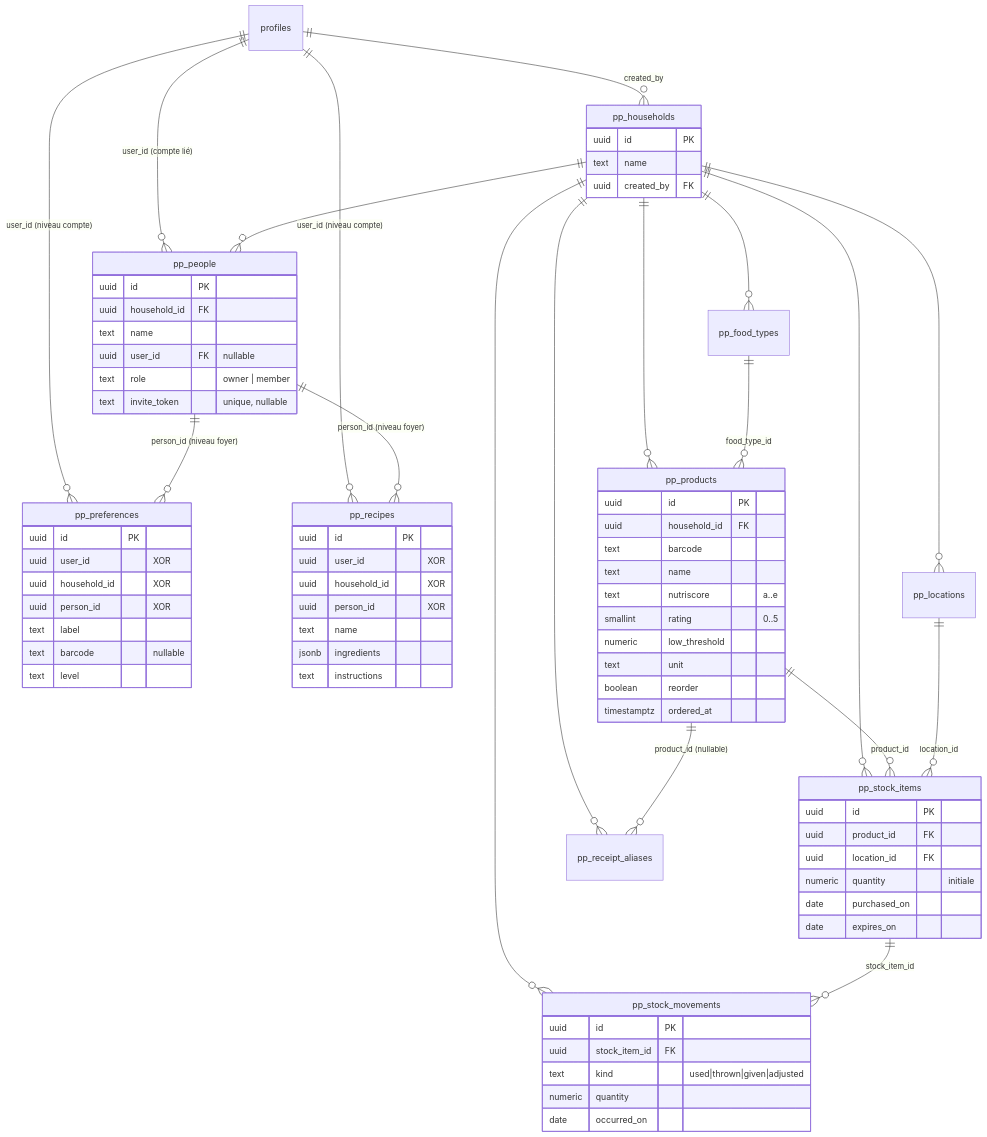
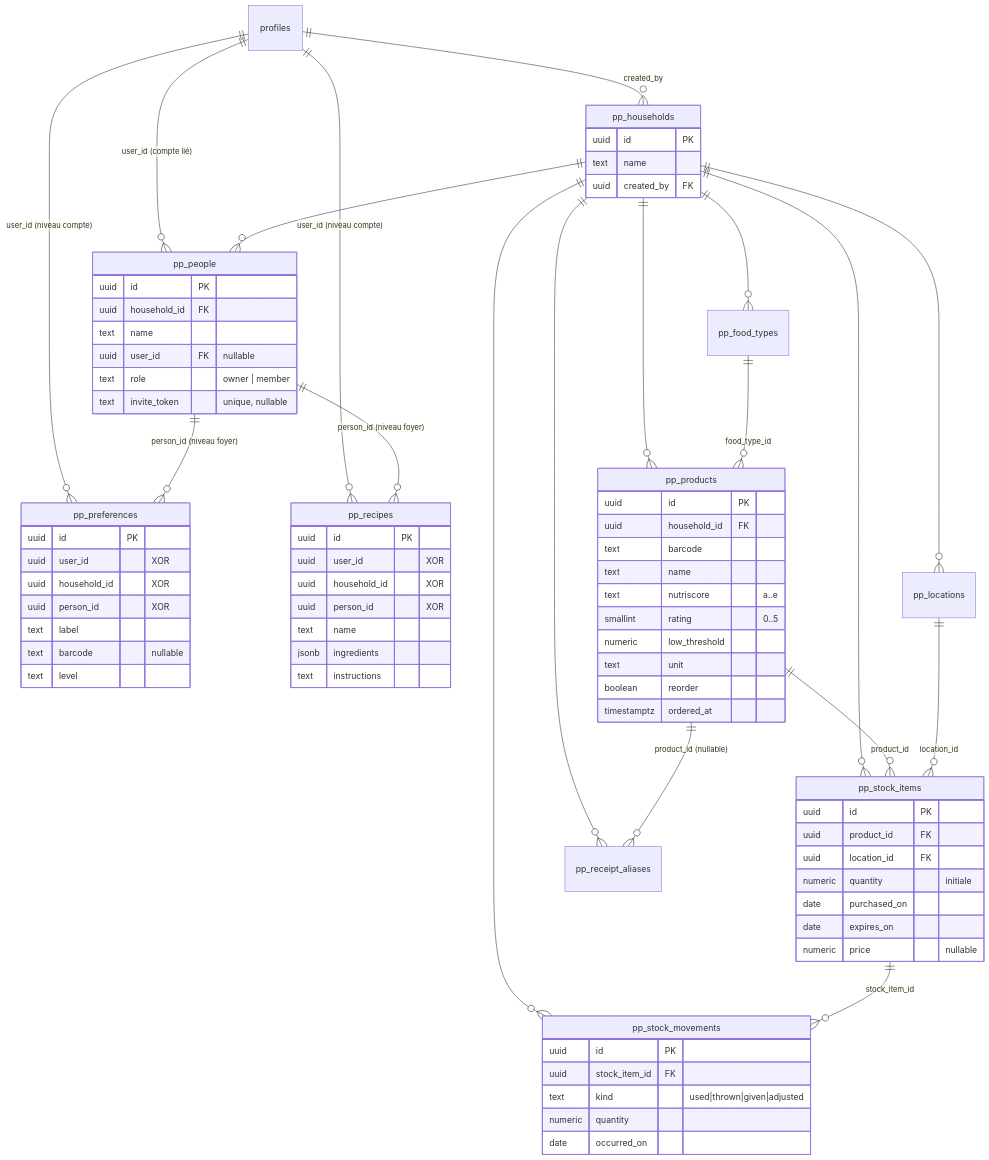
Before and after one commit to Jabbalh/PopotteEtPlacard: the diagram in docs/base-de-donnees.md, drawn with Mermaid. The commit also changed other lines of this file and 12 other files, not shown here.

```diff
--- a/docs/base-de-donnees.md
+++ b/docs/base-de-donnees.md
@@ -106,6 +107,7 @@
         numeric quantity "initiale"
         date purchased_on
         date expires_on
+        numeric price "nullable"
     }
     pp_stock_movements {
         uuid id PK
```
